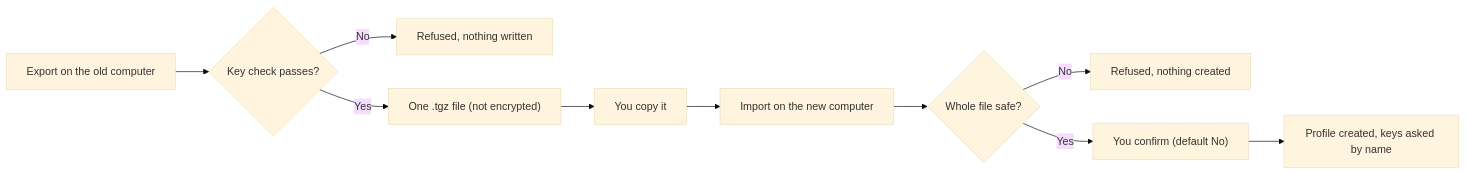
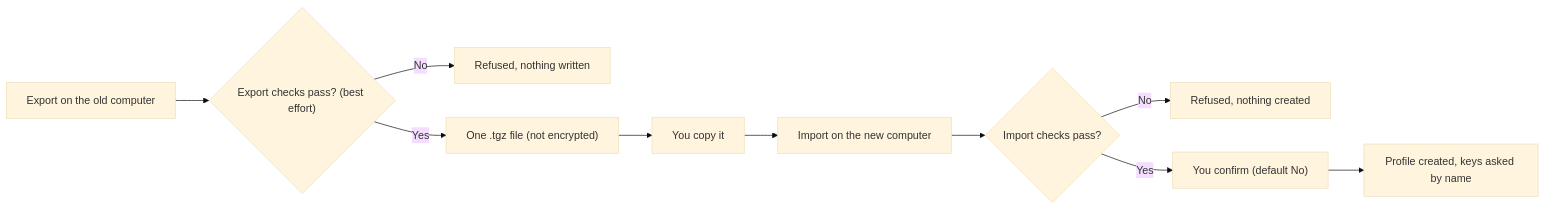
The diagram in docs/MOVING.md (mphinance/trading-agent), drawn with Mermaid (base theme) before and after one commit. The commit also changed other lines of this file and 6 other files, not shown here.

````diff
--- a/docs/MOVING.md
+++ b/docs/MOVING.md
@@ -18,12 +18,12 @@
 ```mermaid
 flowchart LR
-    A["Export on the old computer"] --> B{"Key check passes?"}
+    A["Export on the old computer"] --> B{"Export checks pass? (best effort)"}
     B -->|No| C["Refused, nothing written"]
     B -->|Yes| D["One .tgz file (not encrypted)"]
     D --> E["You copy it"]
     E --> F["Import on the new computer"]
-    F --> G{"Whole file safe?"}
+    F --> G{"Import checks pass?"}
     G -->|No| H["Refused, nothing created"]
     G -->|Yes| I["You confirm (default No)"]
     I --> J["Profile created, keys asked by name"]
 ```
````
